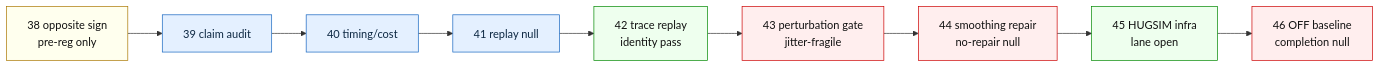
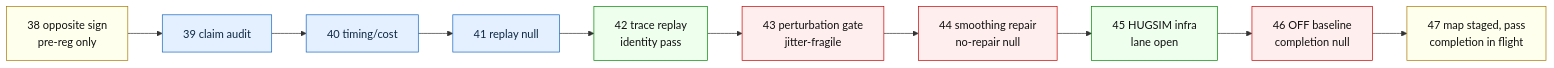
The fourth of 6 diagrams in README.md (manfromnowhere143/sentinel), drawn with Mermaid before and after one commit. The commit also changed other lines of this file, not shown here.

Commit message:
docs: readme currency pass through iter47

````diff
--- a/README.md
+++ b/README.md
@@ -172,19 +175,20 @@
 ```mermaid
 flowchart LR
   O38["38 opposite sign<br/>pre-reg only"] --> A39["39 claim audit"]
   A39 --> A40["40 timing/cost"]
   A40 --> A41["41 replay null"]
   A41 --> A42["42 trace replay<br/>identity pass"]
   A42 --> A43["43 perturbation gate<br/>jitter-fragile"]
   A43 --> A44["44 smoothing repair<br/>no-repair null"]
   A44 --> A45["45 HUGSIM infra<br/>lane open"]
   A45 --> A46["46 OFF baseline<br/>completion null"]
+  A46 --> A47["47 map staged, pass<br/>completion in flight"]
   classDef ask fill:#ffe,stroke:#a70,color:#111;
   classDef audit fill:#e4f0ff,stroke:#1565c0,color:#0c2742;
   classDef win fill:#efe,stroke:#080,color:#111;
   classDef bad fill:#fee,stroke:#c00,color:#111;
-  class O38 ask;
+  class O38,A47 ask;
   class A39,A40,A41 audit;
   class A42,A45 win;
   class A43,A44,A46 bad;
 ```
````
